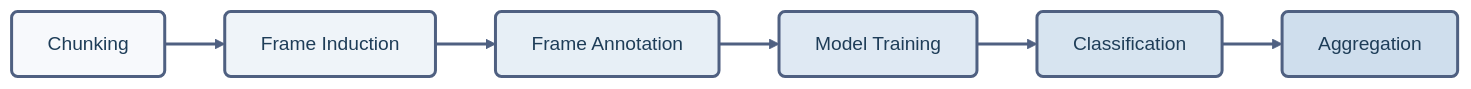
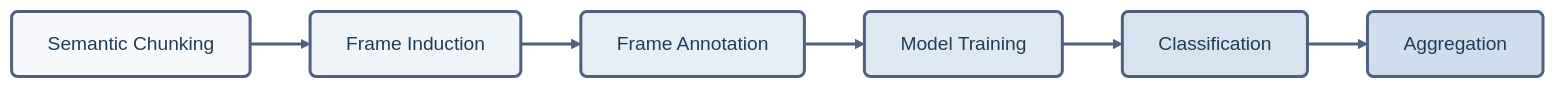
One commit to hubert-thieriot/effective-advocacy-project changed the diagram in docs/posts/narrative_framing.md. Above: the diagram before and after it, drawn with Mermaid. The commit also changed other lines of this file and 4 other files, not shown here.

````diff
--- a/docs/posts/narrative_framing.md
+++ b/docs/posts/narrative_framing.md
@@ -80,18 +80,18 @@
 ```mermaid
 %%{init: {'theme':'base', 'themeVariables': {'primaryColor':'#e8f1f8','primaryTextColor':'#1E3D58','primaryBorderColor':'#4f6081','lineColor':'#4f6081','secondaryColor':'#d4e3f0','tertiaryColor':'#fff','fontFamily':'Open Sans, Arial, sans-serif'}}}%%
 flowchart LR
-    A[Chunking] --> B[Frame Induction]
+    A[Semantic Chunking] --> B[Frame Induction]
     B --> C[Frame Annotation]
     C --> D[Model Training]
     D --> E[Classification]
     E --> F[Aggregation]
     
     style A fill:#f7f9fc,stroke:#4f6081,stroke-width:2.5px,color:#1E3D58,rx:5,ry:5
     style B fill:#eff4f9,stroke:#4f6081,stroke-width:2.5px,color:#1E3D58,rx:5,ry:5
     style C fill:#e7eff6,stroke:#4f6081,stroke-width:2.5px,color:#1E3D58,rx:5,ry:5
     style D fill:#dfe9f3,stroke:#4f6081,stroke-width:2.5px,color:#1E3D58,rx:5,ry:5
     style E fill:#d7e4f0,stroke:#4f6081,stroke-width:2.5px,color:#1E3D58,rx:5,ry:5
     style F fill:#cfdeed,stroke:#4f6081,stroke-width:2.5px,color:#1E3D58,rx:5,ry:5
     
     linkStyle default stroke:#4f6081,stroke-width:2.5px
 ```
````
